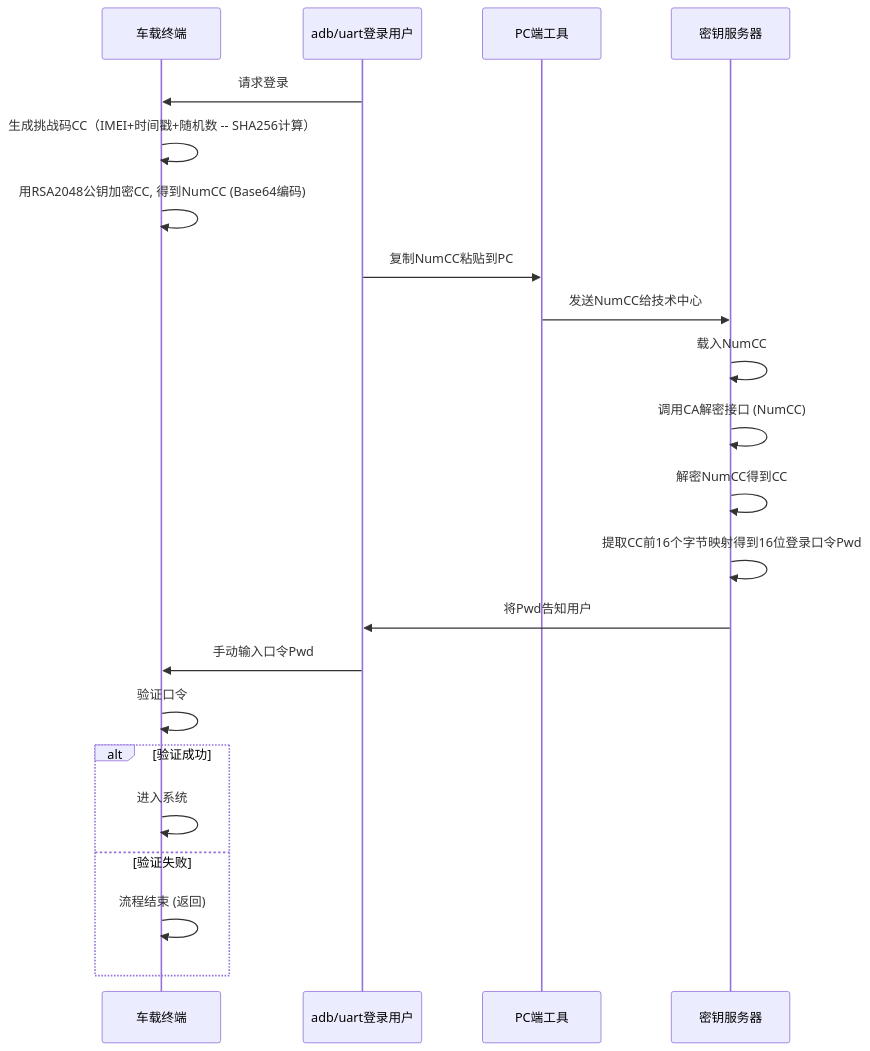
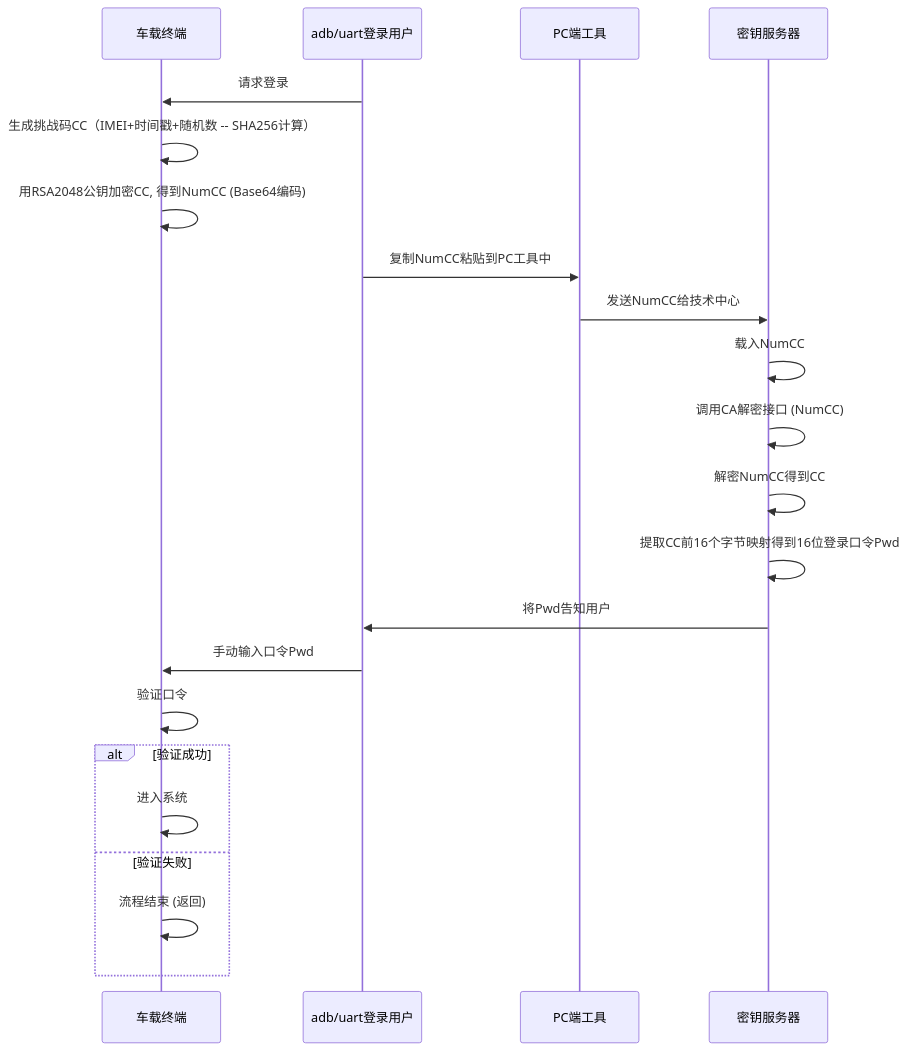
One commit to facebook-cloud/iodraw-files changed the diagram in all/未命名-13.md. Above: the diagram before and after it, drawn with Mermaid.

Commit message:
2026-01-27 11:22:58 update

````diff
--- a/all/未命名-13.md
+++ b/all/未命名-13.md
@@ -1,28 +1,28 @@
 ```mermaid
 sequenceDiagram
     participant tbox as 车载终端
     participant user as adb/uart登录用户
     participant pc as PC端工具
     participant tech_center as 密钥服务器
   
 
     user->>tbox: 请求登录
     tbox->>tbox: 生成挑战码CC（IMEI+时间戳+随机数 -- SHA256计算）
     tbox->>tbox: 用RSA2048公钥加密CC, 得到NumCC (Base64编码)
-    user->>pc: 复制NumCC粘贴到PC
+    user->>pc: 复制NumCC粘贴到PC工具中
     pc->>tech_center: 发送NumCC给技术中心
     tech_center->>tech_center: 载入NumCC
     tech_center->>tech_center: 调用CA解密接口 (NumCC)
     tech_center->>tech_center: 解密NumCC得到CC
     tech_center->>tech_center: 提取CC前16个字节映射得到16位登录口令Pwd
     tech_center->>user: 将Pwd告知用户
     user->>tbox: 手动输入口令Pwd
     tbox->>tbox: 验证口令
     alt 验证成功
         tbox->>tbox: 进入系统
     else 验证失败
         tbox->>tbox: 流程结束 (返回)
     end
 
 
 ```
````
